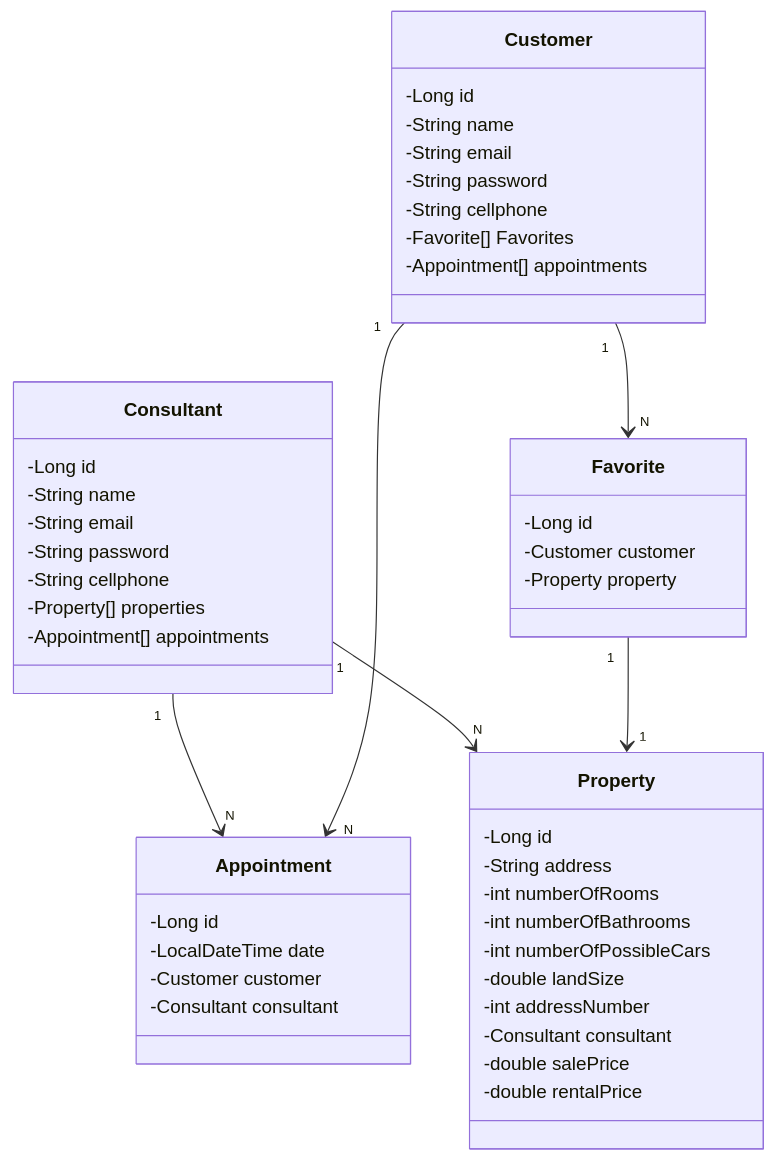
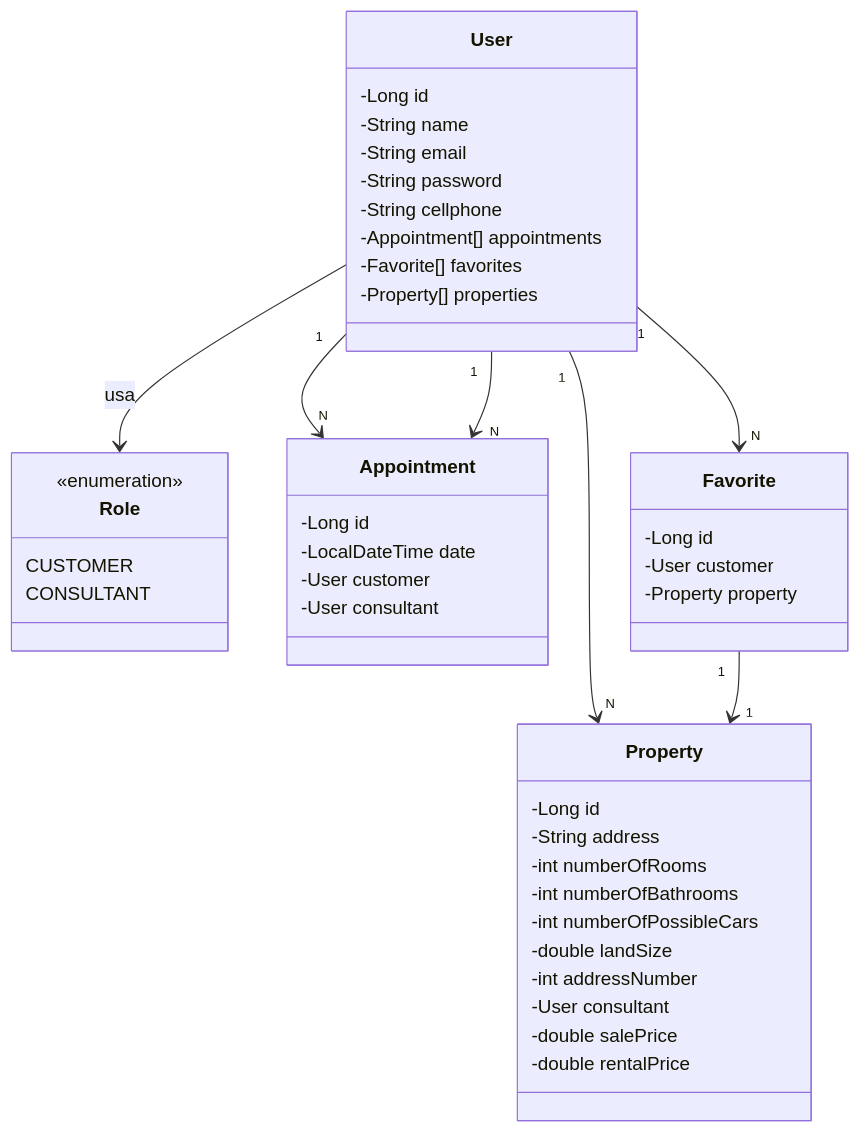
The diagram in README.md (joaovitor-ma/imoveis-sa-api), drawn with Mermaid before and after one commit.

Commit message:
refactor: Refatorando classes de usuário
- Transformando as classes Customer e Consultant do diagrama em User
- Atribuindo a classe user o atributo role
- Criando um ENUM para a role

````diff
--- a/README.md
+++ b/README.md
@@ -32,54 +32,52 @@
 ```mermaid
 classDiagram
-    class Customer {
+    class User {
         -Long id
         -String name
         -String email
         -String password
         -String cellphone
-        -Favorite[] Favorites
         -Appointment[] appointments
+        -Favorite[] favorites
+        -Property[] properties
     }
 
-    class Consultant {
-        -Long id
-        -String name
-        -String email
-        -String password
-        -String cellphone
-        -Property[] properties
-        -Appointment[] appointments
+    class Role {
+        <<enumeration>>
+        CUSTOMER
+        CONSULTANT
     }
 
     class Property {
         -Long id
         -String address
         -int numberOfRooms
         -int numberOfBathrooms
         -int numberOfPossibleCars
         -double landSize
         -int addressNumber
-        -Consultant consultant
+        -User consultant
         -double salePrice
         -double rentalPrice
     }
 
     class Appointment {
         -Long id
         -LocalDateTime date
-        -Customer customer
-        -Consultant consultant
+        -User customer
+        -User consultant
     }
 
     class Favorite {
         -Long id
-        -Customer customer
+        -User customer
         -Property property
     }
 
-    Consultant "1" --> "N" Property
-    Consultant "1" --> "N" Appointment
-    Customer "1" --> "N" Appointment
-    Customer "1" --> "N" Favorite
+    User --> Role : usa
+    User "1" --> "N" Property
+    User "1" --> "N" Appointment
+    User "1" --> "N" Appointment
+    User "1" --> "N" Favorite
     Favorite "1" --> "1" Property
 ```
````
